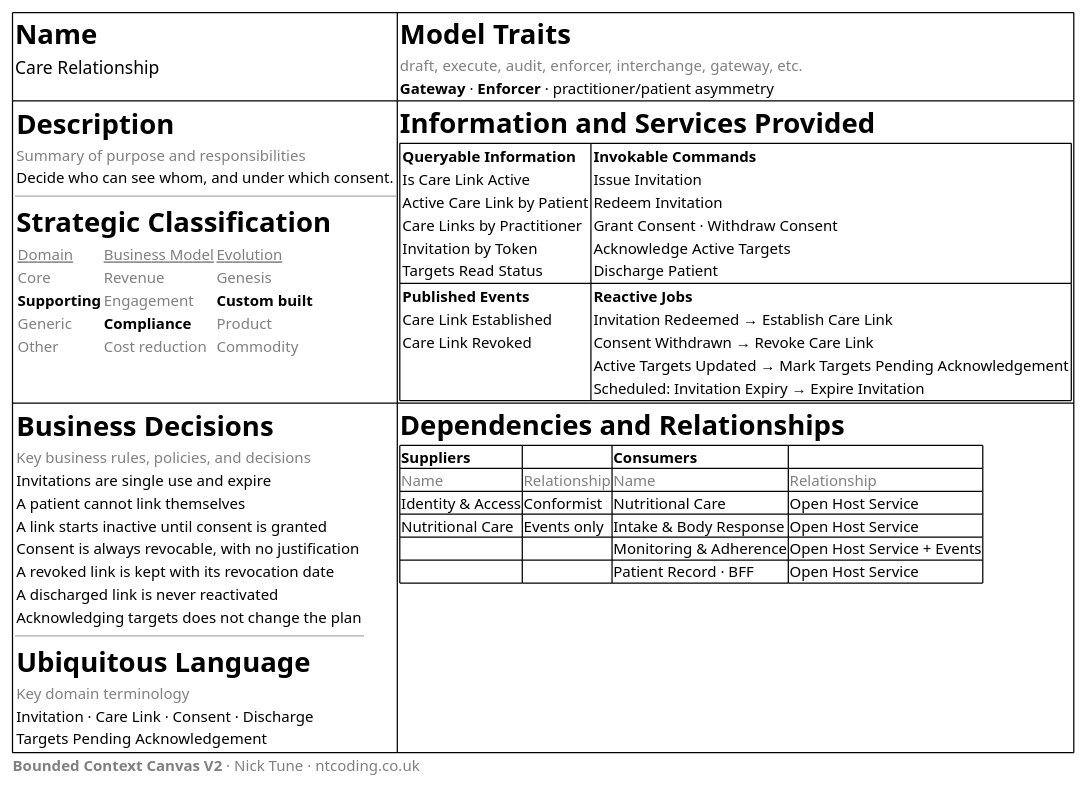
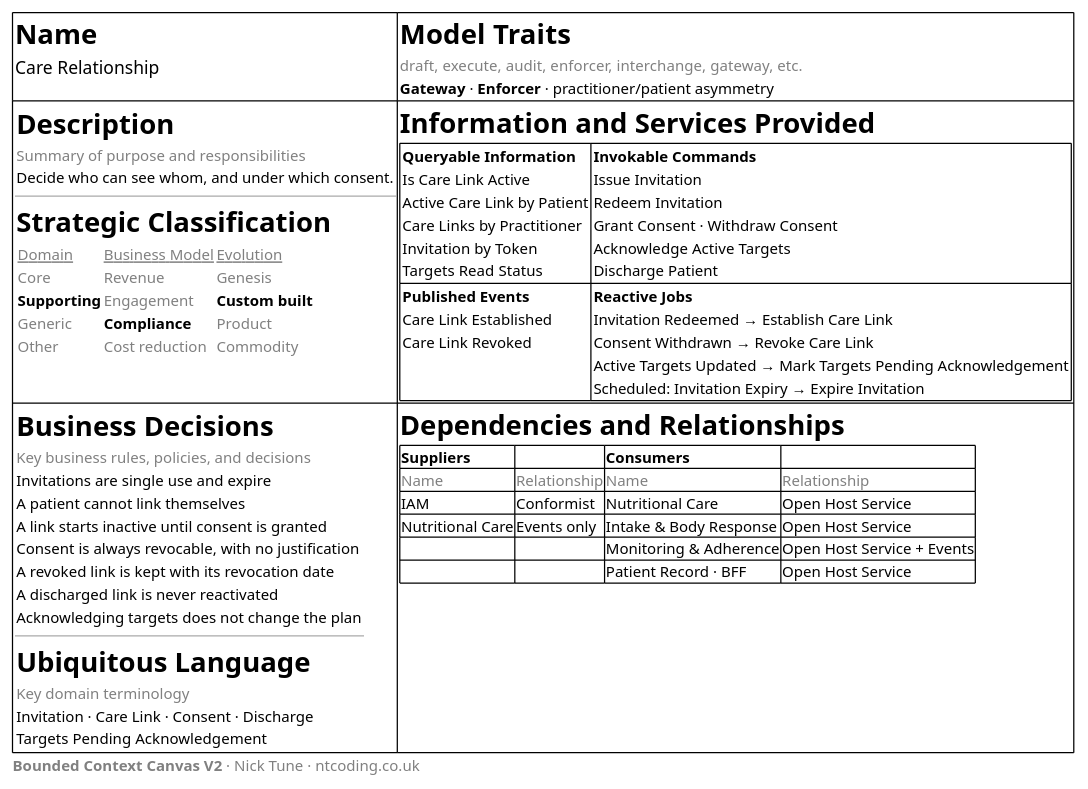
Before and after one commit to upc-pre-202620-1acc0238-13981-nutrisync/healthify-report: the diagram in docs/bounded-context-canvas/care-relationship.puml, drawn with PlantUML. The commit also changed 3 other files, not shown here.

Commit message:
fix(diagrams): align bounded context canvases and C4 components with IAM and scheduled policies

```diff
--- a/docs/bounded-context-canvas/care-relationship.puml
+++ b/docs/bounded-context-canvas/care-relationship.puml
@@ -1,93 +1,93 @@
 @startsalt
 {
 {#
 {
 <size:22><b>Name</b></size>
 <size:14>Care Relationship</size>
 } | {
 <size:22><b>Model Traits</b></size>
 <color:gray>draft, execute, audit, enforcer, interchange, gateway, etc.</color>
 <b>Gateway</b> · <b>Enforcer</b> · practitioner/patient asymmetry
 }
 {
 {
 <size:22><b>Description</b></size>
 <color:gray>Summary of purpose and responsibilities</color>
 Decide who can see whom, and under which consent.
 }
 --
 {
 <size:22><b>Strategic Classification</b></size>
 {
 <color:gray><u>Domain</u></color> | <color:gray><u>Business Model</u></color> | <color:gray><u>Evolution</u></color>
 <color:gray>Core</color> | <color:gray>Revenue</color> | <color:gray>Genesis</color>
 <b>Supporting</b> | <color:gray>Engagement</color> | <b>Custom built</b>
 <color:gray>Generic</color> | <b>Compliance</b> | <color:gray>Product</color>
 <color:gray>Other</color> | <color:gray>Cost reduction</color> | <color:gray>Commodity</color>
 }
 }
 } | {
 <size:22><b>Information and Services Provided</b></size>
 {#
 {
 <b>Queryable Information</b>
 Is Care Link Active
 Active Care Link by Patient
 Care Links by Practitioner
 Invitation by Token
 Targets Read Status
 } | {
 <b>Invokable Commands</b>
 Issue Invitation
 Redeem Invitation
 Grant Consent · Withdraw Consent
 Acknowledge Active Targets
 Discharge Patient
 }
 {
 <b>Published Events</b>
 Care Link Established
 Care Link Revoked
 } | {
 <b>Reactive Jobs</b>
 Invitation Redeemed → Establish Care Link
 Consent Withdrawn → Revoke Care Link
 Active Targets Updated → Mark Targets Pending Acknowledgement
 Scheduled: Invitation Expiry → Expire Invitation
 }
 }
 }
 {
 {
 <size:22><b>Business Decisions</b></size>
 <color:gray>Key business rules, policies, and decisions</color>
 Invitations are single use and expire
 A patient cannot link themselves
 A link starts inactive until consent is granted
 Consent is always revocable, with no justification
 A revoked link is kept with its revocation date
 A discharged link is never reactivated
 Acknowledging targets does not change the plan
 }
 --
 {
 <size:22><b>Ubiquitous Language</b></size>
 <color:gray>Key domain terminology</color>
 Invitation · Care Link · Consent · Discharge
 Targets Pending Acknowledgement
 }
 } | {
 <size:22><b>Dependencies and Relationships</b></size>
 {#
 <b>Suppliers</b> | . | <b>Consumers</b> | .
 <color:gray>Name</color> | <color:gray>Relationship</color> | <color:gray>Name</color> | <color:gray>Relationship</color>
-Identity & Access | Conformist | Nutritional Care | Open Host Service
+IAM | Conformist | Nutritional Care | Open Host Service
 Nutritional Care | Events only | Intake & Body Response | Open Host Service
 . | . | Monitoring & Adherence | Open Host Service + Events
 . | . | Patient Record · BFF | Open Host Service
 }
 }
 }
 <color:gray><b>Bounded Context Canvas V2</b> · Nick Tune · ntcoding.co.uk</color>
 }
 @endsalt
```
